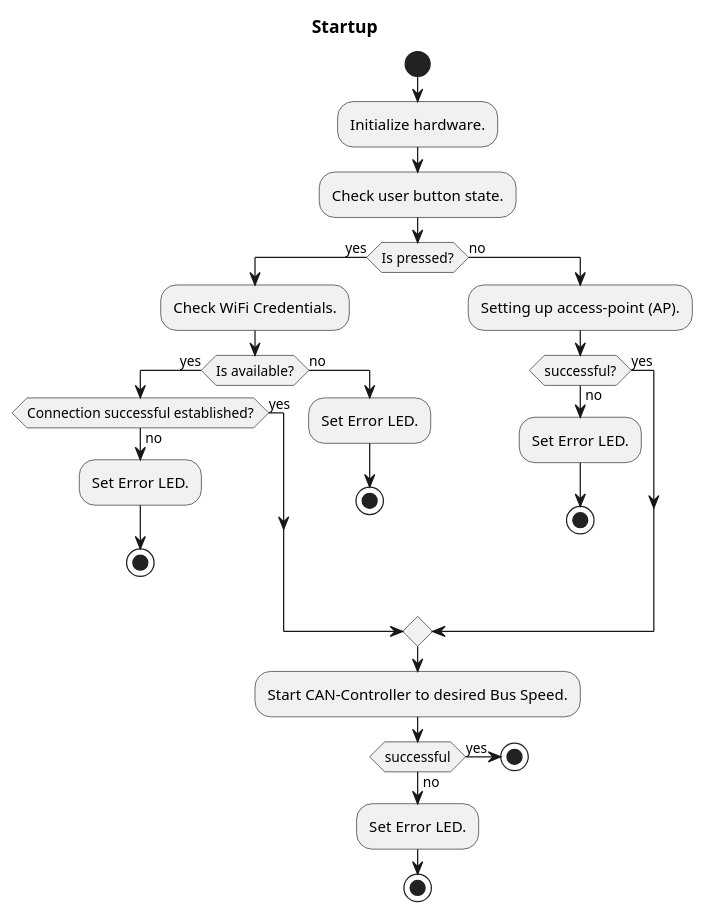
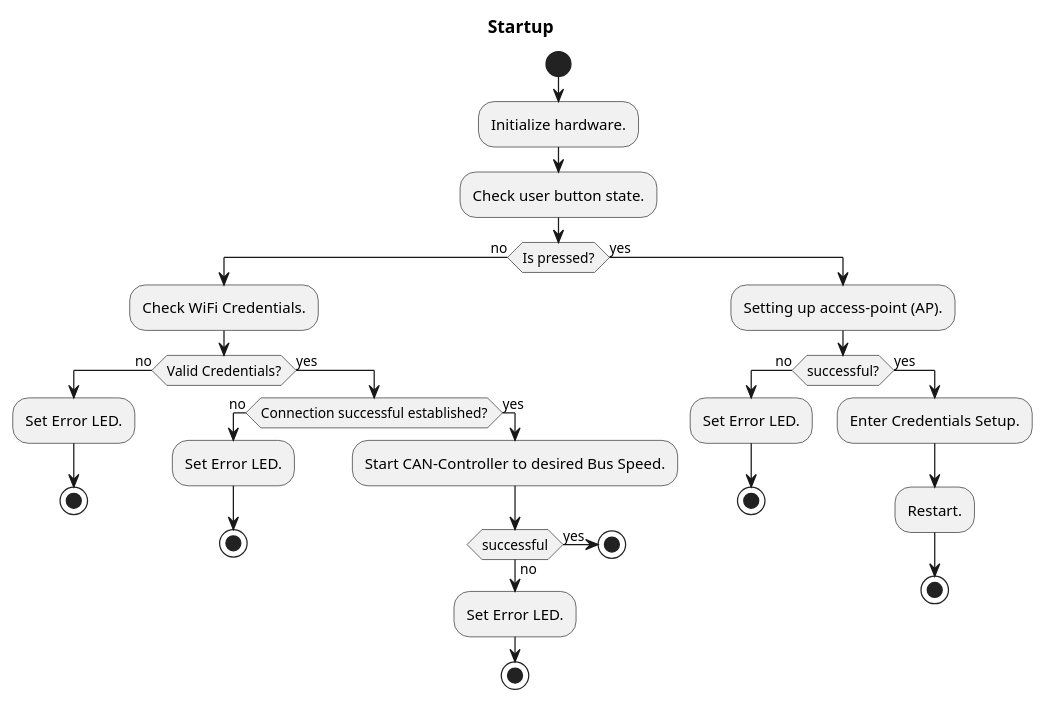
The diagram in Coding/fw/doc/design/SetUpProcess.plantuml (NewTec-GmbH/esp32-can-iot), drawn with PlantUML before and after one commit. The commit also changed 3 other files, not shown here.

Commit message:
Wrote Detailed Design in Readme and fixed Diagrams

```diff
--- a/Coding/fw/doc/design/SetUpProcess.plantuml
+++ b/Coding/fw/doc/design/SetUpProcess.plantuml
@@ -1,46 +1,48 @@
 @startuml
 title Startup
 
 start
 :Initialize hardware.;
 :Check user button state.;
 
-if (Is pressed?) then (yes)
+if (Is pressed?) then (no)
 
     :Check WiFi Credentials.;
 
-    if (Is available?) then (yes)
-
-        if (Connection successful established?) then (yes)
-
-        else (no)
-            :Set Error LED.;
-            stop
-        endif
-
-    else(no)
+    if (Valid Credentials?) then (no)
         :Set Error LED.;
         stop
 
+    else(yes)
+
+        if (Connection successful established?) then (no)
+            :Set Error LED.;
+            stop
+        else (yes)
+            :Start CAN-Controller to desired Bus Speed.;
+            if (successful) then (yes)
+                stop
+            else(no)
+                :Set Error LED.;
+                stop
+            endif
+        endif
+
     endif
 
-else(no)
+else(yes)
 
     :Setting up access-point (AP).;
 
     if (successful?) then (no)
         :Set Error LED.;
         stop
     else (yes)
+        :Enter Credentials Setup.;
+        :Restart.;
+        stop
     endif
 
 endif
 
-:Start CAN-Controller to desired Bus Speed.;
-if (successful) then (yes)
-    stop
-else(no)
-    :Set Error LED.;
-    stop
-
-    @enduml
+@enduml
```
